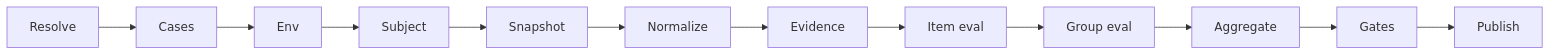
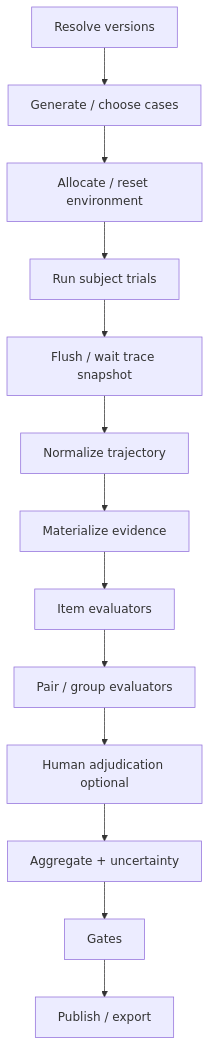
Before and after one commit to softprobe/document-website: the first of 3 diagrams in en/evaluation/architecture/execution-dag.md, drawn with Mermaid. The commit also changed other lines of this file and 37 other files, not shown here.

First line of the commit message:
docs(evaluation): customer-facing examples + architecture diagrams

````diff
--- a/en/evaluation/architecture/execution-dag.md
+++ b/en/evaluation/architecture/execution-dag.md
@@ -17,7 +19,17 @@
 ```mermaid
-flowchart LR
-  R[Resolve] --> G[Cases] --> E[Env] --> S[Subject]
-  S --> T[Snapshot] --> N[Normalize] --> V[Evidence]
-  V --> I[Item eval] --> P[Group eval] --> A[Aggregate]
-  A --> GT[Gates] --> Pub[Publish]
+flowchart TB
+  R[Resolve versions]
+  G[Generate / choose cases]
+  E[Allocate / reset environment]
+  S[Run subject trials]
+  T[Flush / wait trace snapshot]
+  N[Normalize trajectory]
+  V[Materialize evidence]
+  I[Item evaluators]
+  P[Pair / group evaluators]
+  H[Human adjudication optional]
+  A[Aggregate + uncertainty]
+  GT[Gates]
+  Pub[Publish / export]
+  R --> G --> E --> S --> T --> N --> V --> I --> P --> H --> A --> GT --> Pub
 ```
````
